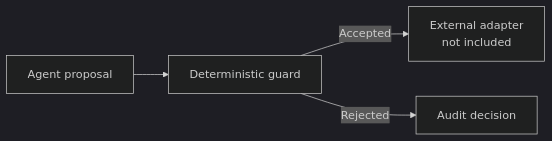
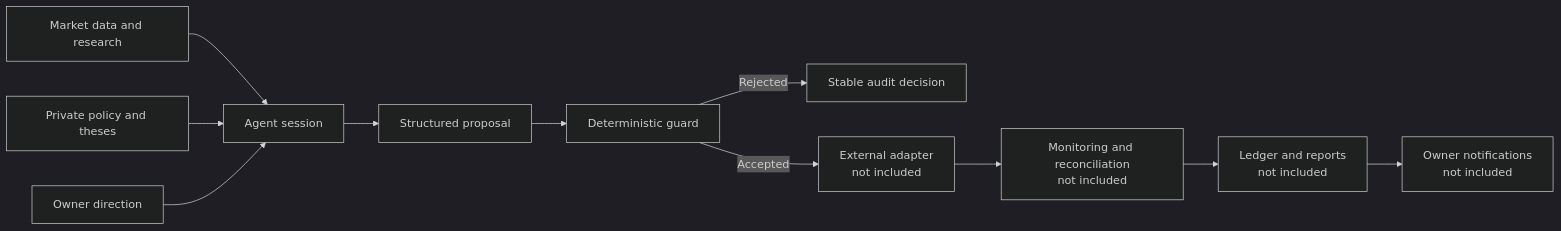
One commit to dukewillbe185/codex_earn_token changed the diagram in README.md. Above: the diagram before and after it, drawn with Mermaid (dark theme). The commit also changed other lines of this file, not shown here.

Commit message:
docs: expand public architecture overview

````diff
--- a/README.md
+++ b/README.md
@@ -23,6 +41,15 @@
 ```mermaid
 flowchart LR
-    A[Agent proposal] --> B[Deterministic guard]
-    B -->|Accepted| C[External adapter\nnot included]
-    B -->|Rejected| D[Audit decision]
+    Market[Market data and research] --> Agent[Agent session]
+    Policy[Private policy and theses] --> Agent
+    Owner[Owner direction] --> Agent
+
+    Agent --> Proposal[Structured proposal]
+    Proposal --> Guard[Deterministic guard]
+    Guard -->|Rejected| Audit[Stable audit decision]
+    Guard -->|Accepted| Adapter[External adapter\nnot included]
+
+    Adapter --> Monitor[Monitoring and reconciliation\nnot included]
+    Monitor --> Ledger[Ledger and reports\nnot included]
+    Ledger --> Channels[Owner notifications\nnot included]
 ```
````
